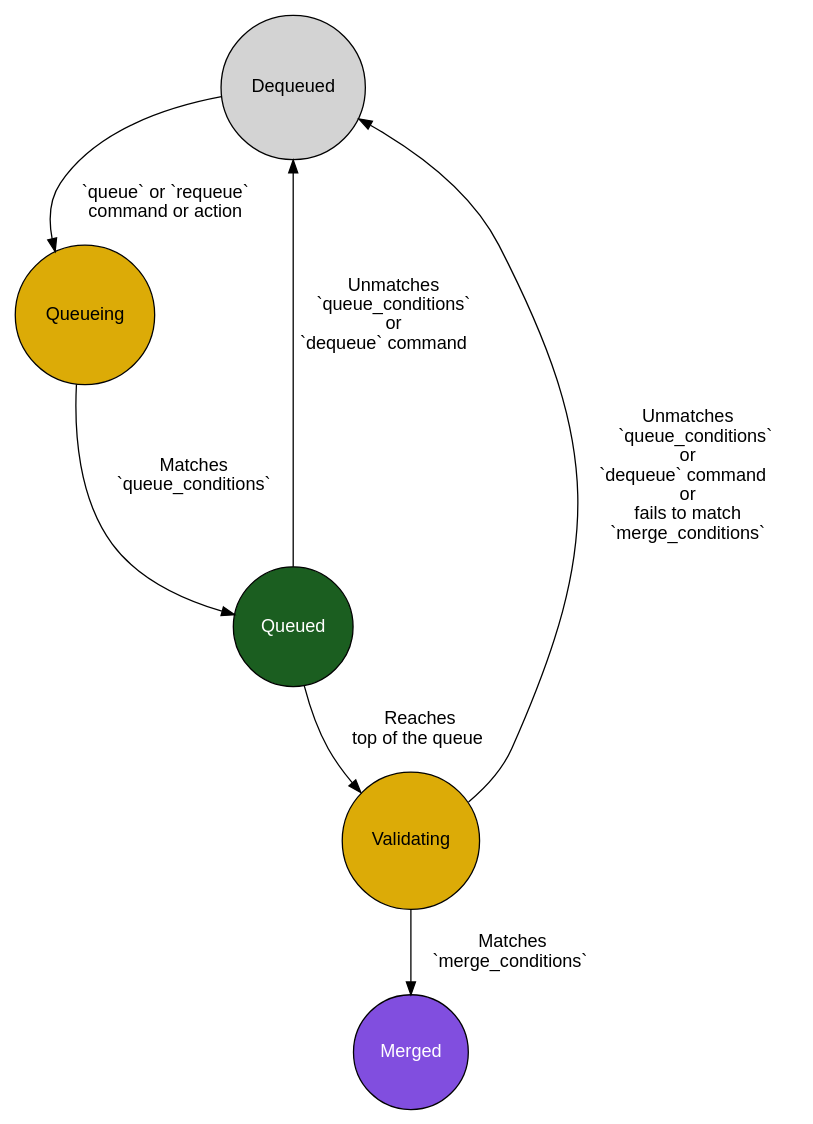
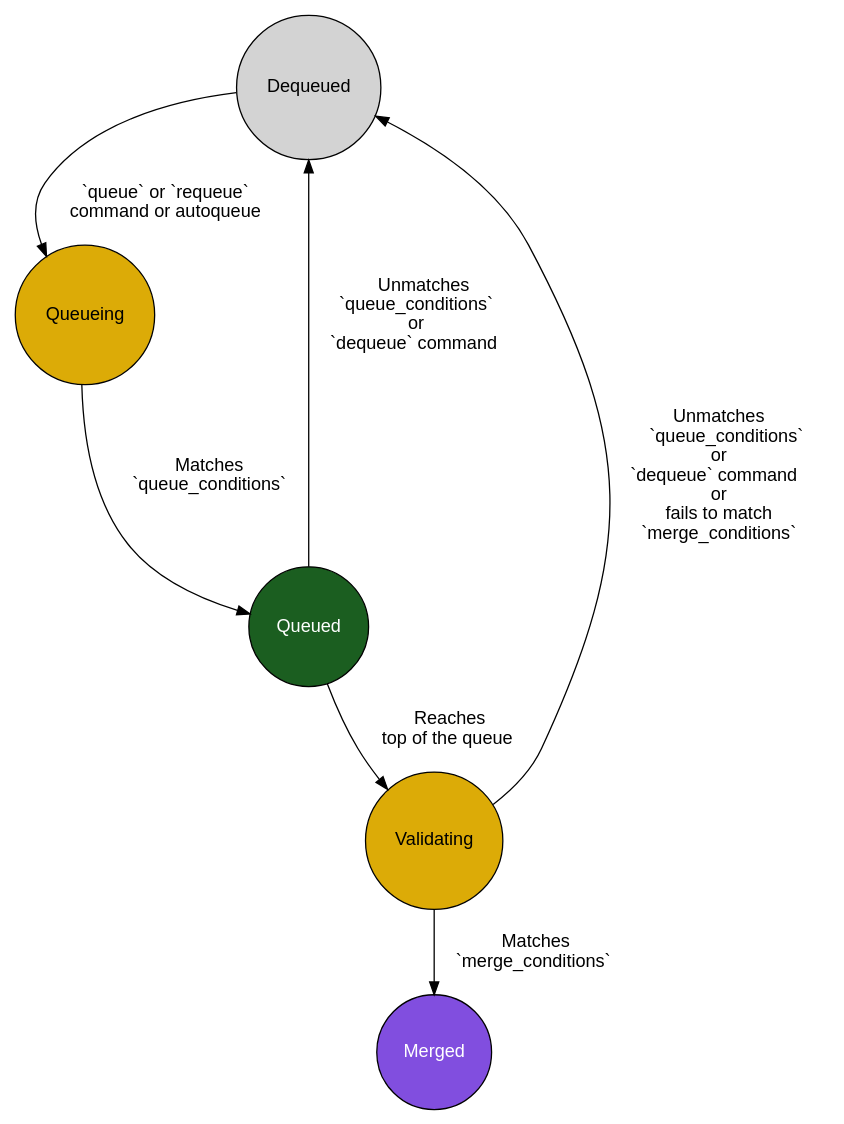
The diagram in src/content/docs/merge-queue/lifecycle.mdx (Mergifyio/docs), drawn with Graphviz before and after one commit. The commit also changed other lines of this file, not shown here.

````diff
--- a/src/content/docs/merge-queue/lifecycle.mdx
+++ b/src/content/docs/merge-queue/lifecycle.mdx
@@ -53,21 +43,21 @@
 ```dot class="graph"
 strict digraph {
     fontname="sans-serif";
 
     node [style=filled, shape=circle, fontcolor="black", fontname="sans-serif";];
     edge [color="black", arrowhead=none, fontname="sans-serif", arrowhead=normal];
 
-    Dequeued -> Queueing [label="    `queue` or `requeue`    \n    command or action    "];
+    Dequeued -> Queueing [label="    `queue` or `requeue`    \n    command or autoqueue    "];
     Queueing -> Queued [label="Matches\n`queue_conditions`"];
 
-    Queued -> Dequeued [label="Unmatches\n    `queue_conditions`   \nor\n `dequeue` command    "]
+    Queued -> Dequeued [label="    Unmatches\n    `queue_conditions`   \nor\n    `dequeue` command    "]
     Queued -> Validating [label="Reaches\n    top of the queue    "]
     Validating -> Merged [label="Matches\n    `merge_conditions`    "];
     Validating -> Dequeued [label="Unmatches\n    `queue_conditions` \nor\n    `dequeue` command     \nor\nfails to match\n`merge_conditions`"];
 
     Validating [fillcolor="#DCAB07"];
     Queueing [fillcolor="#DCAB07"];
     Queued [fillcolor="#1b5e20", fontcolor="white"]
     Merged [fillcolor="#814edf", fontcolor="white"];
 }
 ```
````
